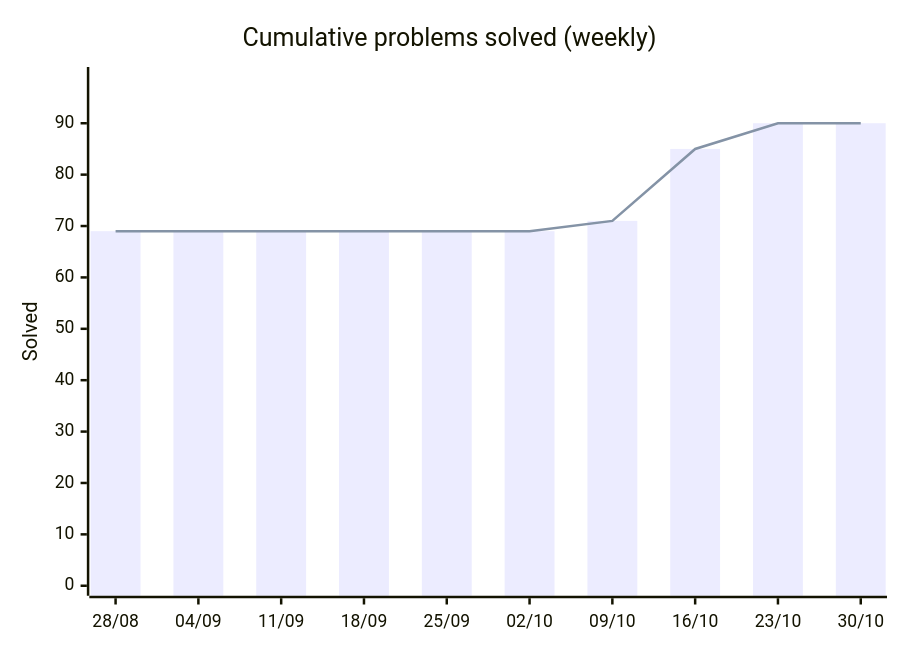
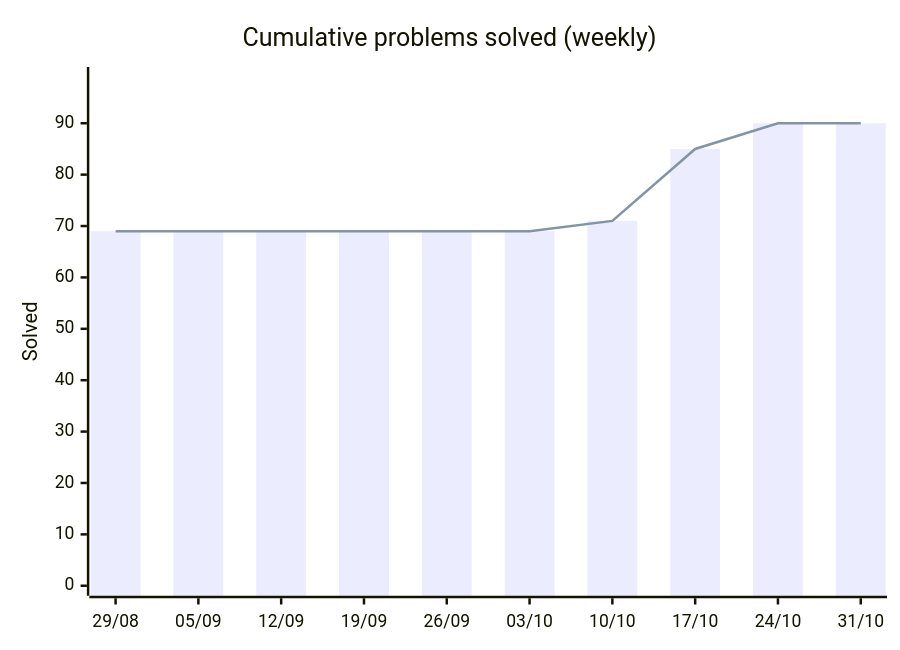
Before and after one commit to HarryTrn/TensorTonic-Solutions: the first of 2 diagrams in README.md, drawn with Mermaid. The commit also changed other lines of this file, not shown here.

Commit message:
docs: auto-update README [skip ci]

````diff
--- a/README.md
+++ b/README.md
@@ -65,8 +65,8 @@
 ```mermaid
 xychart-beta
     title "Cumulative problems solved (weekly)"
-    x-axis ["28/08", "04/09", "11/09", "18/09", "25/09", "02/10", "09/10", "16/10", "23/10", "30/10"]
+    x-axis ["29/08", "05/09", "12/09", "19/09", "26/09", "03/10", "10/10", "17/10", "24/10", "31/10"]
     y-axis "Solved" 0 --> 99
     bar [69, 69, 69, 69, 69, 69, 71, 85, 90, 90]
     line [69, 69, 69, 69, 69, 69, 71, 85, 90, 90]
 ```
````
